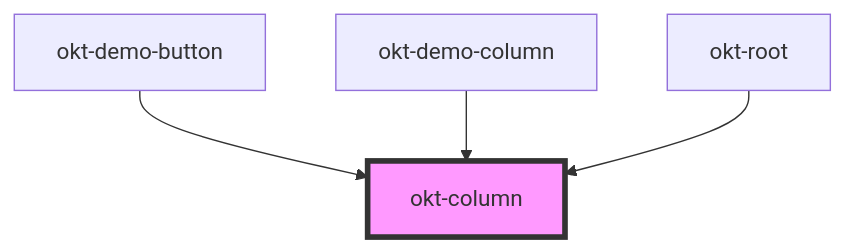
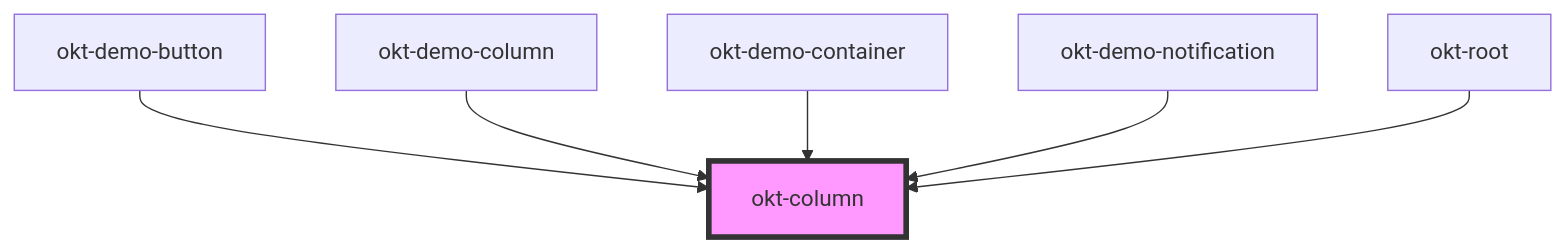
Before and after one commit to oktopusdgtl/bulma-components: the diagram in src/components/column/readme.md, drawn with Mermaid. The commit also changed other lines of this file and 22 other files, not shown here.

````diff
--- a/src/components/column/readme.md
+++ b/src/components/column/readme.md
@@ -38,7 +40,9 @@
 ```mermaid
 graph TD;
   okt-demo-button --> okt-column
   okt-demo-column --> okt-column
+  okt-demo-container --> okt-column
+  okt-demo-notification --> okt-column
   okt-root --> okt-column
   style okt-column fill:#f9f,stroke:#333,stroke-width:4px
 ```
````
